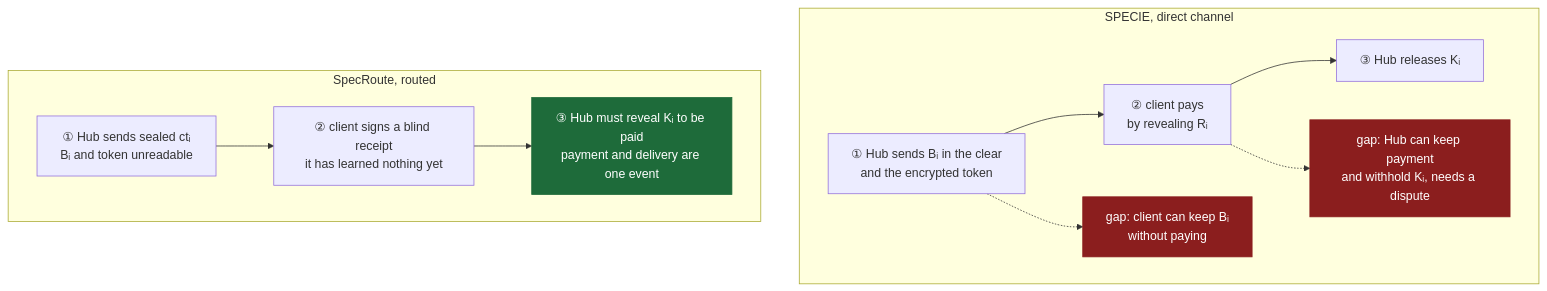
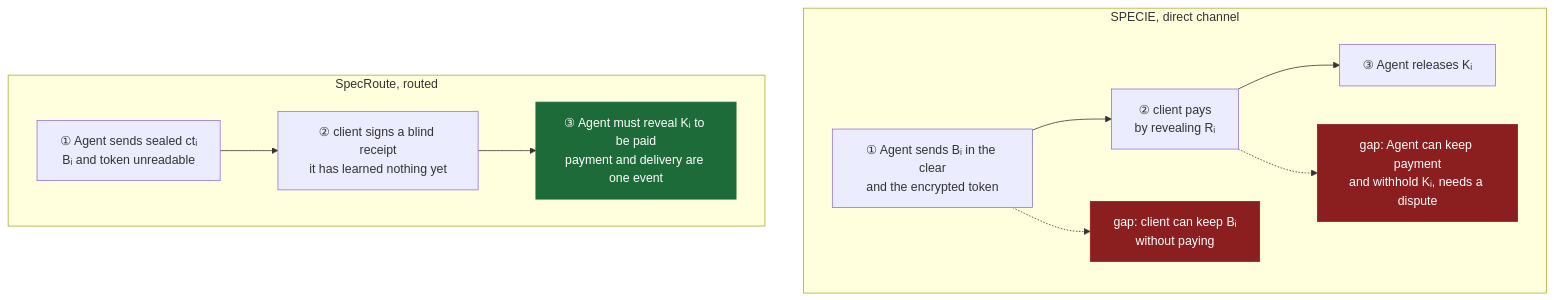
The tenth of 27 diagrams in specroute_paper_draft.md (MDOmerDanish/project-idea), drawn with Mermaid before and after one commit. The commit also changed other lines of this file, not shown here.

````diff
--- a/specroute_paper_draft.md
+++ b/specroute_paper_draft.md
@@ -335,17 +337,17 @@
 ```mermaid
 flowchart TB
     subgraph SP["SPECIE, direct channel"]
         direction LR
-        a1["① Hub sends Bᵢ in the clear<br/>and the encrypted token"] --> a2["② client pays<br/>by revealing Rᵢ"] --> a3["③ Hub releases Kᵢ"]
+        a1["① Agent sends Bᵢ in the clear<br/>and the encrypted token"] --> a2["② client pays<br/>by revealing Rᵢ"] --> a3["③ Agent releases Kᵢ"]
         a1 -.-> g1["gap: client can keep Bᵢ<br/>without paying"]
-        a2 -.-> g2["gap: Hub can keep payment<br/>and withhold Kᵢ, needs a dispute"]
+        a2 -.-> g2["gap: Agent can keep payment<br/>and withhold Kᵢ, needs a dispute"]
     end
     subgraph SR["SpecRoute, routed"]
         direction LR
-        b1["① Hub sends sealed ctᵢ<br/>Bᵢ and token unreadable"] --> b2["② client signs a blind receipt<br/>it has learned nothing yet"] --> b3["③ Hub must reveal Kᵢ to be paid<br/>payment and delivery are one event"]
+        b1["① Agent sends sealed ctᵢ<br/>Bᵢ and token unreadable"] --> b2["② client signs a blind receipt<br/>it has learned nothing yet"] --> b3["③ Agent must reveal Kᵢ to be paid<br/>payment and delivery are one event"]
     end
     classDef gap fill:#8b1e1e,stroke:#8b1e1e,color:#fff
     classDef ok fill:#1e6b3a,stroke:#1e6b3a,color:#fff
     class g1,g2 gap
     class b3 ok
 ```
````
